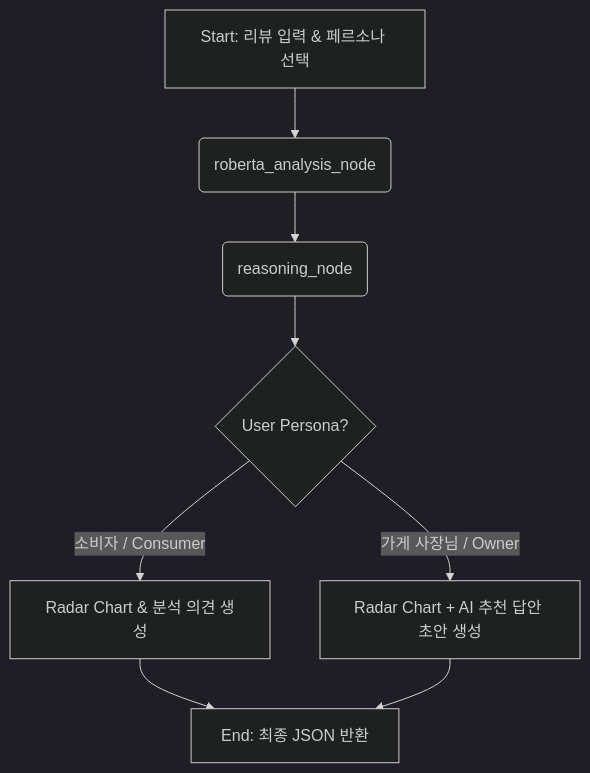
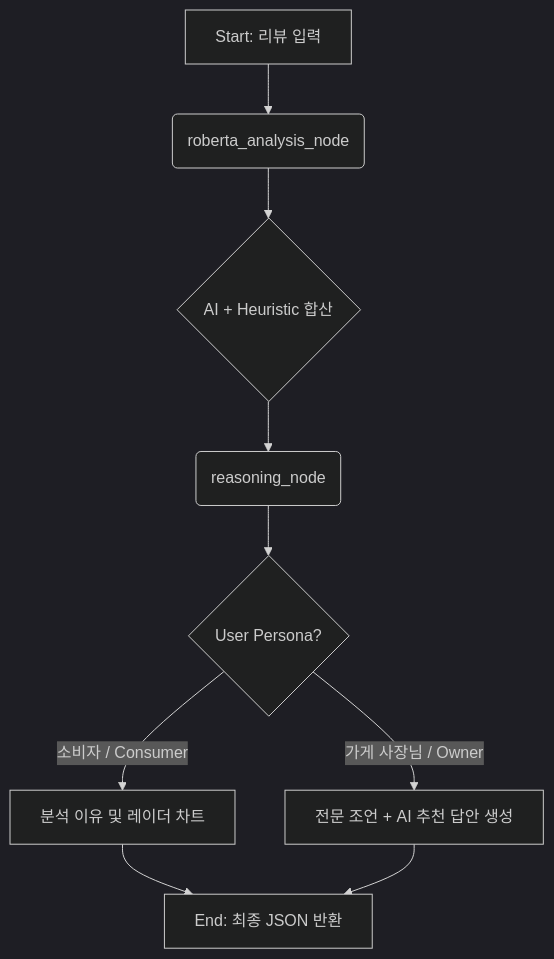
Before and after one commit to JUOH8968/Chatbot_Delivery_SentimentAnalysis: the diagram in Delivery_Sentiment_Analysis/system_architecture.md, drawn with Mermaid (dark theme). The commit also changed other lines of this file, not shown here.

````diff
--- a/Delivery_Sentiment_Analysis/system_architecture.md
+++ b/Delivery_Sentiment_Analysis/system_architecture.md
@@ -23,10 +21,11 @@
 ```mermaid
 graph TD
-    A[Start: 리뷰 입력 & 페르소나 선택] --> B(roberta_analysis_node)
-    B --> C(reasoning_node)
-    C --> D{User Persona?}
-    D -- 소비자 / Consumer --> E[Radar Chart & 분석 의견 생성]
-    D -- 가게 사장님 / Owner --> F[Radar Chart + AI 추천 답안 초안 생성]
-    E --> G[End: 최종 JSON 반환]
-    F --> G
+    A[Start: 리뷰 입력] --> B(roberta_analysis_node)
+    B --> C{AI + Heuristic 합산}
+    C --> D(reasoning_node)
+    D --> E{User Persona?}
+    E -- 소비자 / Consumer --> F[분석 이유 및 레이더 차트]
+    E -- 가게 사장님 / Owner --> G[전문 조언 + AI 추천 답안 생성]
+    F --> H[End: 최종 JSON 반환]
+    G --> H
 ```
````
